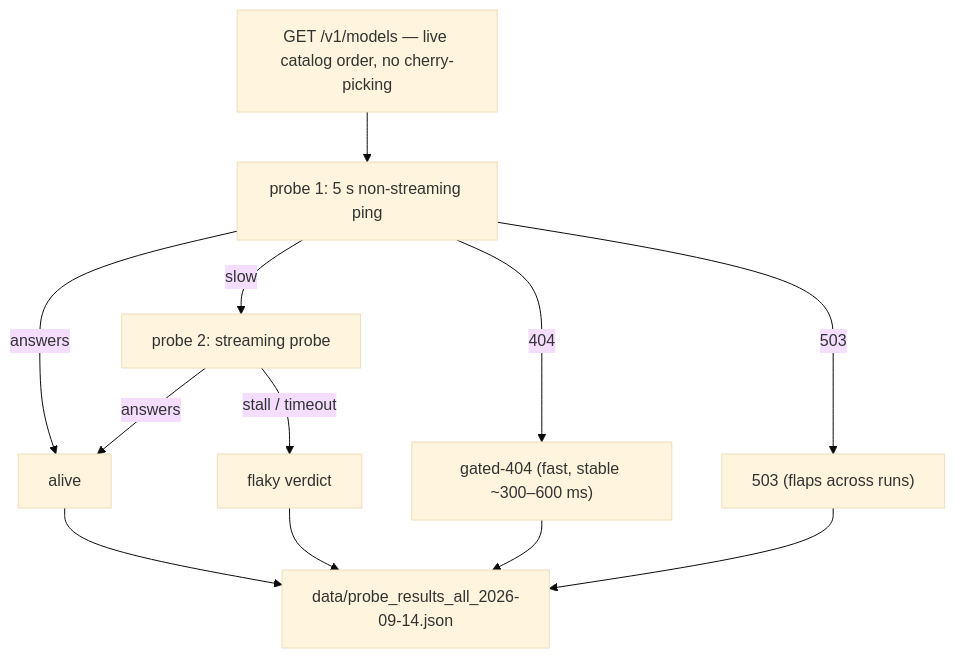
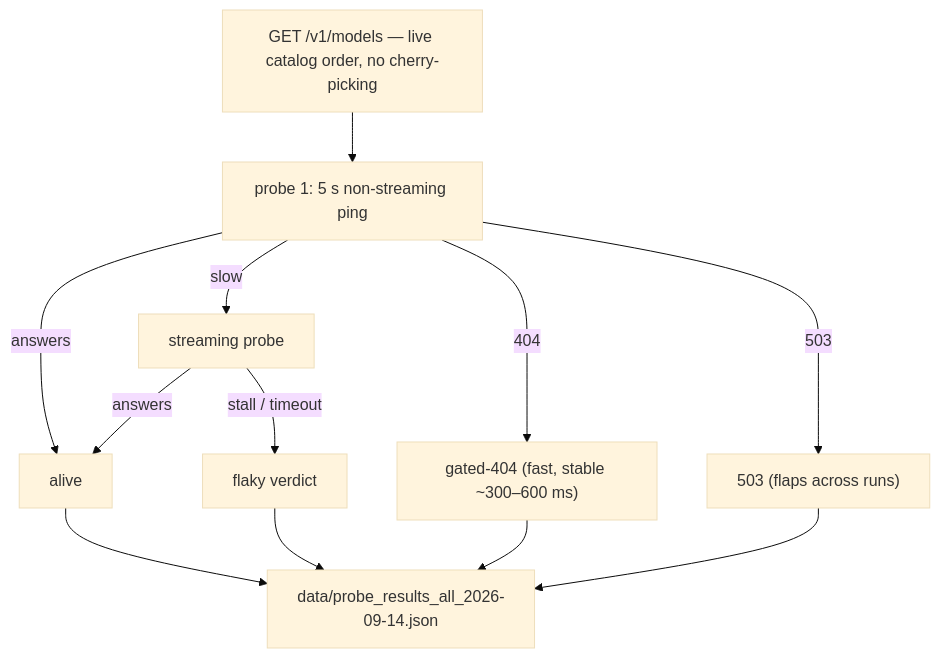
Before and after one commit to toxicwind/nvidia-nim-model-probe: the diagram in README.md, drawn with Mermaid (base theme). The commit also changed other lines of this file, not shown here.

````diff
--- a/README.md
+++ b/README.md
@@ -30,15 +34,15 @@
 ```mermaid
 flowchart TB
     C["GET /v1/models — live catalog order, no cherry-picking"]
     C --> P1["probe 1: 5 s non-streaming ping"]
     P1 -->|answers| A["alive"]
-    P1 -->|slow| P2["probe 2: streaming probe"]
+    P1 -->|slow| P2["streaming probe"]
     P2 -->|answers| A
     P2 -->|stall / timeout| S["flaky verdict"]
     P1 -->|404| G["gated-404 (fast, stable ~300–600 ms)"]
     P1 -->|503| F["503 (flaps across runs)"]
     A --> R["data/probe_results_all_2026-09-14.json"]
     G --> R
     F --> R
     S --> R
 ```
````
